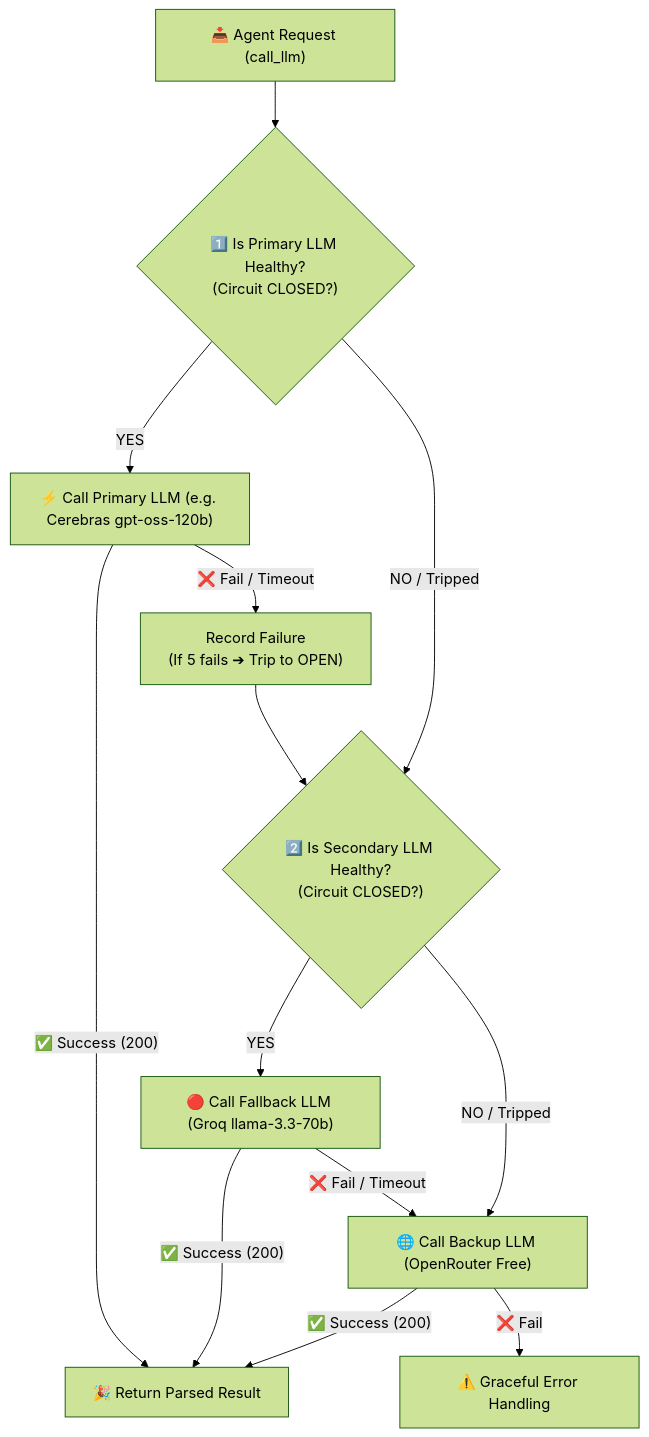
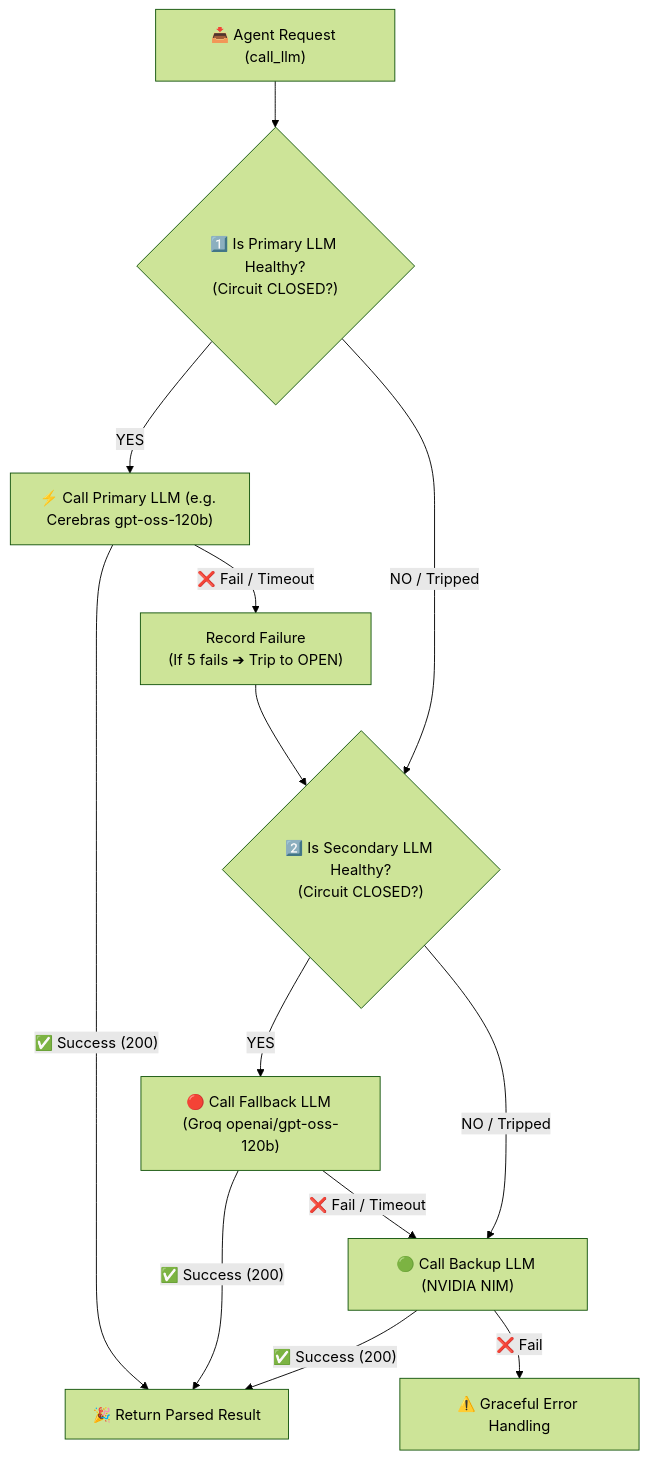
Before and after one commit to Anil-Pradhan-web/ai-career-mentor: diagram 11 of 33 in documentation/ARCHITECTURE.md, drawn with Mermaid (forest theme). The commit also changed other lines of this file and 5 other files, not shown here.

````diff
--- a/documentation/ARCHITECTURE.md
+++ b/documentation/ARCHITECTURE.md
@@ -463,19 +462,19 @@
 ```mermaid
 flowchart TD
     REQ["📥 Agent Request (call_llm)"] --> CHK1{"1️⃣ Is Primary LLM Healthy?<br/>(Circuit CLOSED?)"}
 
     CHK1 -->|"YES"| CALL_CEREBRAS["⚡ Call Primary LLM (e.g. Cerebras gpt-oss-120b)"]
     CHK1 -->|"NO / Tripped"| CHK2{"2️⃣ Is Secondary LLM Healthy?<br/>(Circuit CLOSED?)"}
 
     CALL_CEREBRAS -->|"✅ Success (200)"| SUCCESS["🎉 Return Parsed Result"]
     CALL_CEREBRAS -->|"❌ Fail / Timeout"| RECORD_CEREBRAS["Record Failure<br/>(If 5 fails ➔ Trip to OPEN)"] --> CHK2
 
-    CHK2 -->|"YES"| CALL_GROQ["🔴 Call Fallback LLM (Groq llama-3.3-70b)"]
-    CHK2 -->|"NO / Tripped"| CALL_OPENROUTER["🌐 Call Backup LLM (OpenRouter Free)"]
+    CHK2 -->|"YES"| CALL_GROQ["🔴 Call Fallback LLM (Groq openai/gpt-oss-120b)"]
+    CHK2 -->|"NO / Tripped"| CALL_NVIDIA["🟢 Call Backup LLM (NVIDIA NIM)"]
 
     CALL_GROQ -->|"✅ Success (200)"| SUCCESS
-    CALL_GROQ -->|"❌ Fail / Timeout"| CALL_OPENROUTER
+    CALL_GROQ -->|"❌ Fail / Timeout"| CALL_NVIDIA
 
-    CALL_OPENROUTER -->|"✅ Success (200)"| SUCCESS
-    CALL_OPENROUTER -->|"❌ Fail"| FAIL_OUT["⚠️ Graceful Error Handling"]
+    CALL_NVIDIA -->|"✅ Success (200)"| SUCCESS
+    CALL_NVIDIA -->|"❌ Fail"| FAIL_OUT["⚠️ Graceful Error Handling"]
 ```
````
